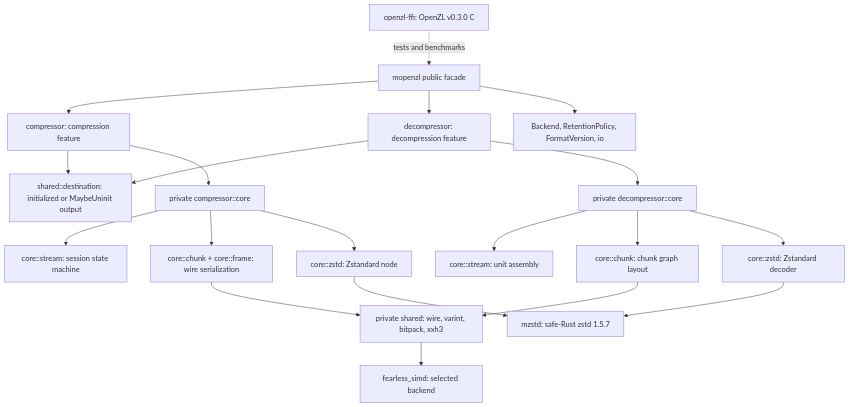
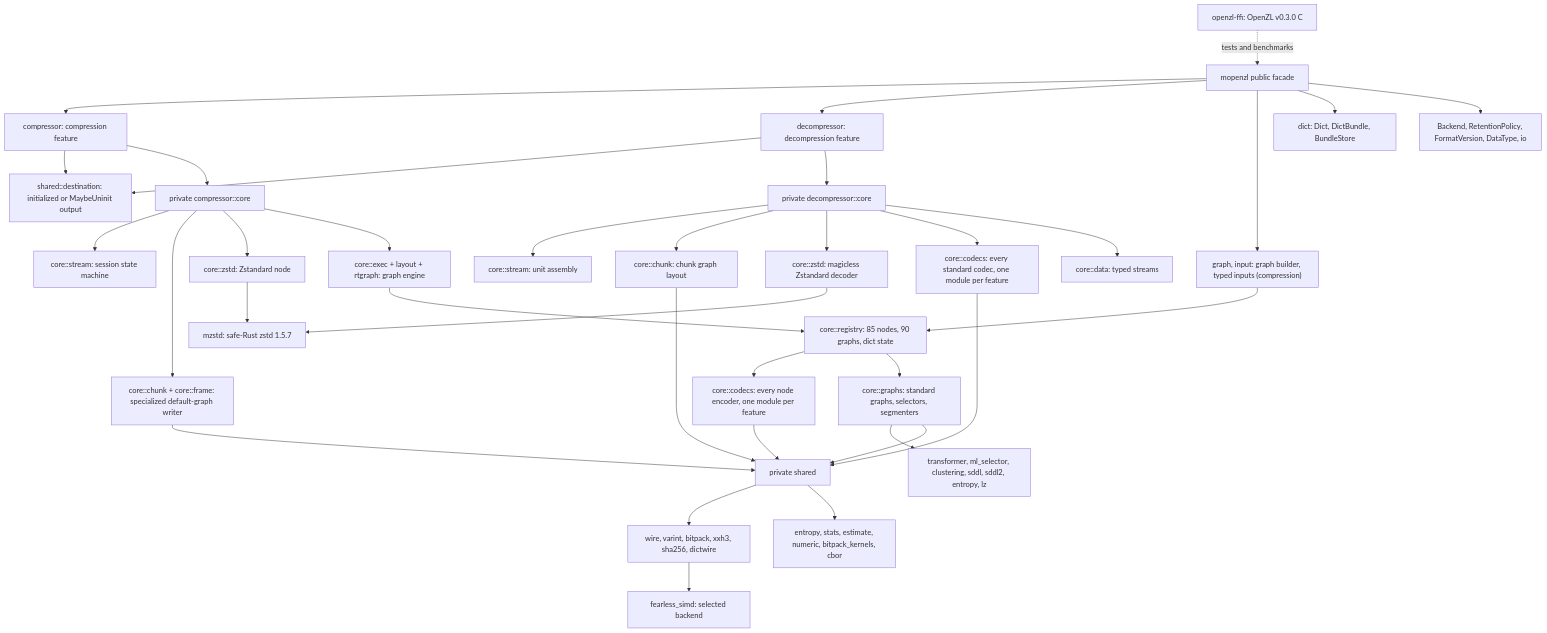
The diagram in architecture/README.md (M-Compressors/mopenzl), drawn with Mermaid before and after one commit. The commit also changed other lines of this file and 784 other files, not shown here.

Commit message:
Support graph with all codecs

````diff
--- a/architecture/README.md
+++ b/architecture/README.md
@@ -9,22 +9,37 @@
 ```mermaid
 graph TD
     Root[mopenzl public facade] --> Encode[compressor: compression feature]
     Root --> Decode[decompressor: decompression feature]
-    Root --> Common[Backend, RetentionPolicy, FormatVersion, io]
+    Root --> GraphApi["graph, input: graph builder, typed inputs (compression)"]
+    Root --> DictApi["dict: Dict, DictBundle, BundleStore"]
+    Root --> Common[Backend, RetentionPolicy, FormatVersion, DataType, io]
     Encode --> Dest[shared::destination: initialized or MaybeUninit output]
     Decode --> Dest
+    GraphApi --> Reg
     Encode --> ECore[private compressor::core]
     Decode --> DCore[private decompressor::core]
     ECore --> EStream[core::stream: session state machine]
-    ECore --> EChunk[core::chunk + core::frame: wire serialization]
+    ECore --> EChunk[core::chunk + core::frame: specialized default-graph writer]
     ECore --> EZstd[core::zstd: Zstandard node]
+    ECore --> EGraph[core::exec + layout + rtgraph: graph engine]
+    EGraph --> Reg["core::registry: 85 nodes, 90 graphs, dict state"]
+    Reg --> ECodecs["core::codecs: every node encoder, one module per feature"]
+    Reg --> EGraphs["core::graphs: standard graphs, selectors, segmenters"]
+    EGraphs --> Special["transformer, ml_selector, clustering, sddl, sddl2, entropy, lz"]
     DCore --> DStream[core::stream: unit assembly]
     DCore --> DChunk[core::chunk: chunk graph layout]
-    DCore --> DZstd[core::zstd: Zstandard decoder]
-    EChunk --> Shared[private shared: wire, varint, bitpack, xxh3]
+    DCore --> DZstd[core::zstd: magicless Zstandard decoder]
+    DCore --> DCodecs[core::codecs: every standard codec, one module per feature]
+    DCore --> DData[core::data: typed streams]
+    EChunk --> Shared[private shared]
+    ECodecs --> Shared
+    EGraphs --> Shared
     DChunk --> Shared
-    Shared --> SIMD[fearless_simd: selected backend]
+    DCodecs --> Shared
+    Shared --> Prims["wire, varint, bitpack, xxh3, sha256, dictwire"]
+    Shared --> Algo["entropy, stats, estimate, numeric, bitpack_kernels, cbor"]
+    Prims --> SIMD[fearless_simd: selected backend]
     EZstd --> Mzstd[mzstd: safe-Rust zstd 1.5.7]
     DZstd --> Mzstd
     C[openzl-ffi: OpenZL v0.3.0 C] -. tests and benchmarks .-> Root
 ```
````
